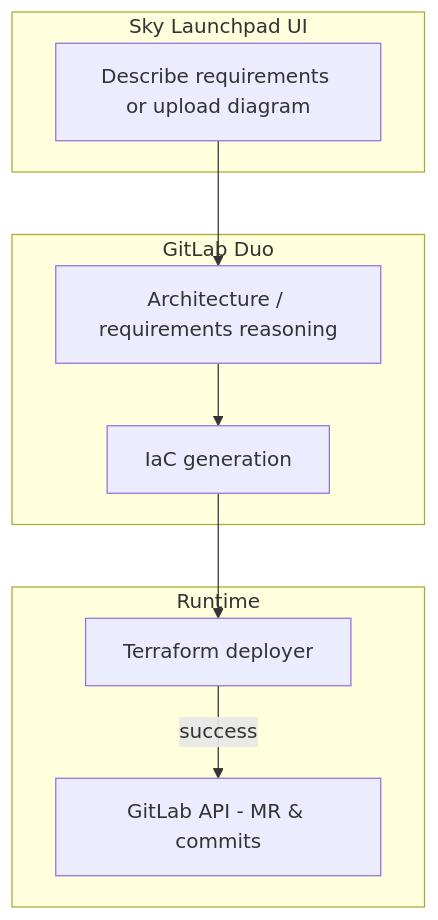
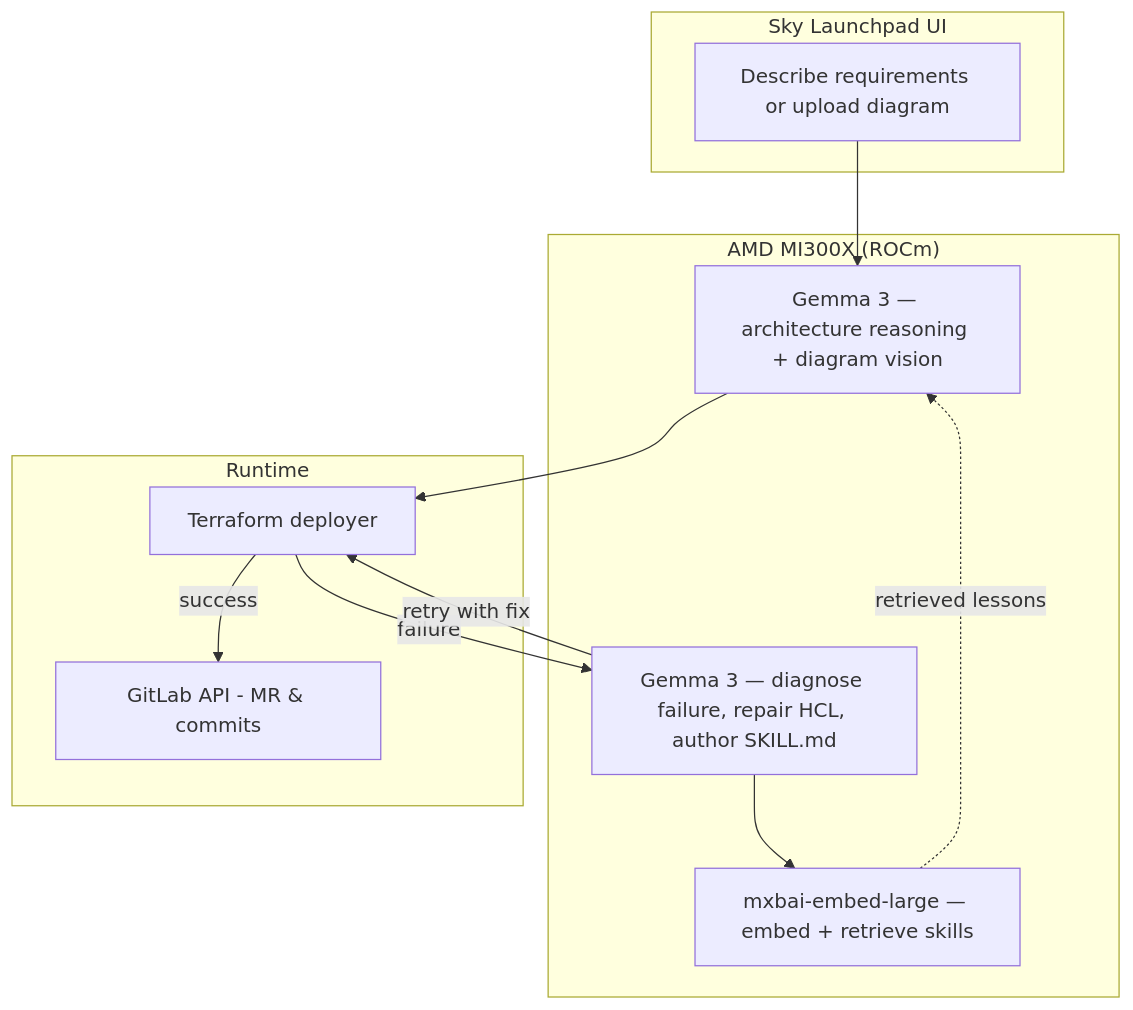
The diagram in README.md (EimisPachecoHacks/slack-sky-launchpad-ATX), drawn with Mermaid before and after one commit. The commit also changed other lines of this file and 8 other files, not shown here.

````diff
--- a/README.md
+++ b/README.md
@@ -24,18 +81,22 @@
 ```mermaid
 flowchart TB
   subgraph ui["Sky Launchpad UI"]
     A[Describe requirements or upload diagram]
   end
-  subgraph duo["GitLab Duo"]
-    B[Architecture / requirements reasoning]
-    C[IaC generation]
+  subgraph gpu["AMD MI300X (ROCm)"]
+    B["Gemma 3 — architecture reasoning + diagram vision"]
+    R["Gemma 3 — diagnose failure, repair HCL, author SKILL.md"]
+    V["mxbai-embed-large — embed + retrieve skills"]
   end
   subgraph run["Runtime"]
-    D[Terraform deployer]
+    C[Terraform deployer]
     E[GitLab API - MR & commits]
   end
   A --> B
+  V -. "retrieved lessons" .-> B
   B --> C
-  C --> D
-  D -->|success| E
+  C -->|success| E
+  C -->|failure| R
+  R --> V
+  R -->|"retry with fix"| C
 ```
````
